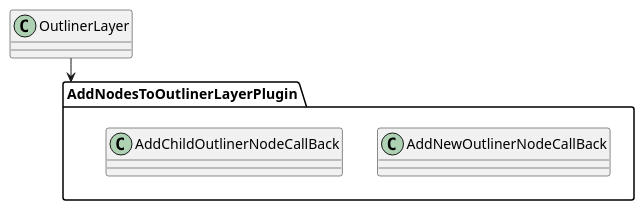
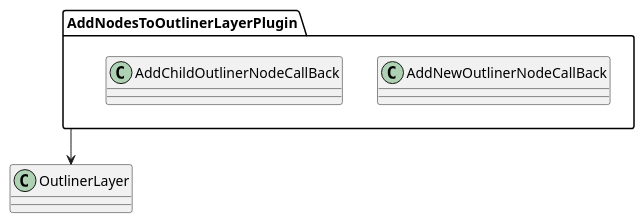
Before and after one commit to iomko/SurfaceEditor: the diagram in docs/PluginDependencies/OutlinerLayerDependencies.puml, drawn with PlantUML. The commit also changed 48 other files, not shown here.

Commit message:
uprava cmaku aby sa dalo flagmi nastavit ktore pluginy buildnut + uprava uml pre zavislosti pluginov + pridanie priority pluginom, ktora rozhodne na ktory plugin zavolat onLoad skorej

```diff
--- a/docs/PluginDependencies/OutlinerLayerDependencies.puml
+++ b/docs/PluginDependencies/OutlinerLayerDependencies.puml
@@ -1,11 +1,11 @@
 @startuml OutlinerLayerDependencies
 
 package AddNodesToOutlinerLayerPlugin {
     class AddNewOutlinerNodeCallBack
     class AddChildOutlinerNodeCallBack
 }
 
 class OutlinerLayer
-OutlinerLayer --> AddNodesToOutlinerLayerPlugin
+AddNodesToOutlinerLayerPlugin --> OutlinerLayer
 
 @enduml
```
